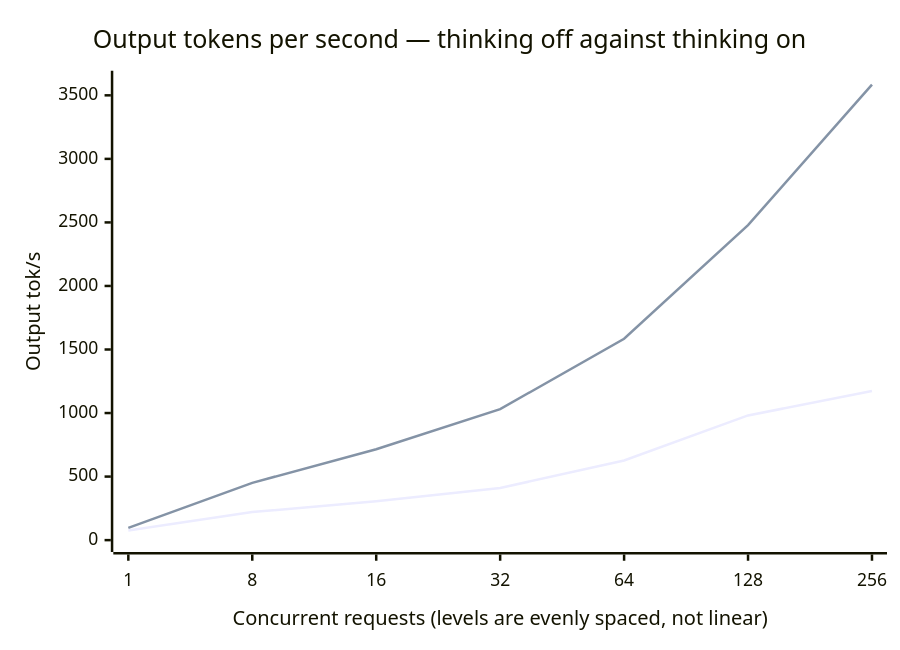
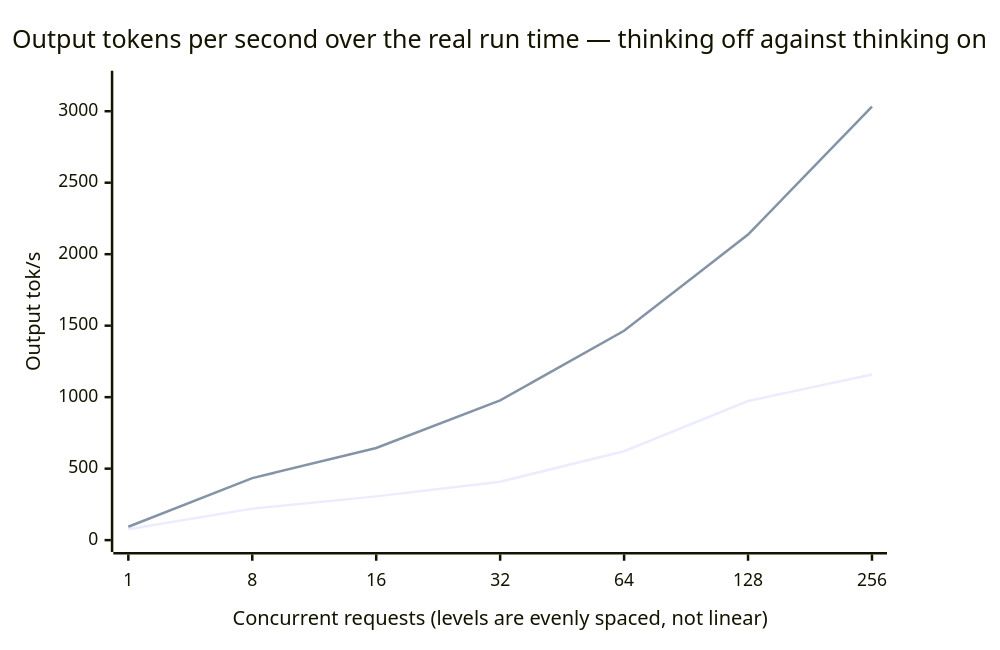
Before and after one commit to flash-ultra/ai-server-setup: the third of 3 diagrams in cloudscale-gpu2-256-40-2-1600/deepseek-v4-flash-0731/sglang/scenarios/concurrent-load.md, drawn with Mermaid. The commit also changed other lines of this file and 42 other files, not shown here.

````diff
--- a/cloudscale-gpu2-256-40-2-1600/deepseek-v4-flash-0731/sglang/scenarios/concurrent-load.md
+++ b/cloudscale-gpu2-256-40-2-1600/deepseek-v4-flash-0731/sglang/scenarios/concurrent-load.md
@@ -157,8 +157,8 @@
 ```mermaid
 xychart-beta
-    title "Output tokens per second — thinking off against thinking on"
+    title "Output tokens per second over the real run time — thinking off against thinking on"
     x-axis "Concurrent requests (levels are evenly spaced, not linear)" [1, 8, 16, 32, 64, 128, 256]
-    y-axis "Output tok/s" 0 --> 3600
-    line "thinking off (run 1)" [76.1, 220.4, 306.0, 410.4, 626.7, 981.1, 1173.2]
-    line "thinking on (run 4)" [95.8, 450.8, 715.3, 1030.8, 1584.7, 2479.2, 3583.8]
+    y-axis "Output tok/s" 0 --> 3200
+    line "thinking off (run 1)" [76.1, 220.4, 306.0, 408.6, 621.7, 973.3, 1158]
+    line "thinking on (run 4)" [93.7, 433.7, 644.7, 977.0, 1464, 2137, 3032]
 ```
````
